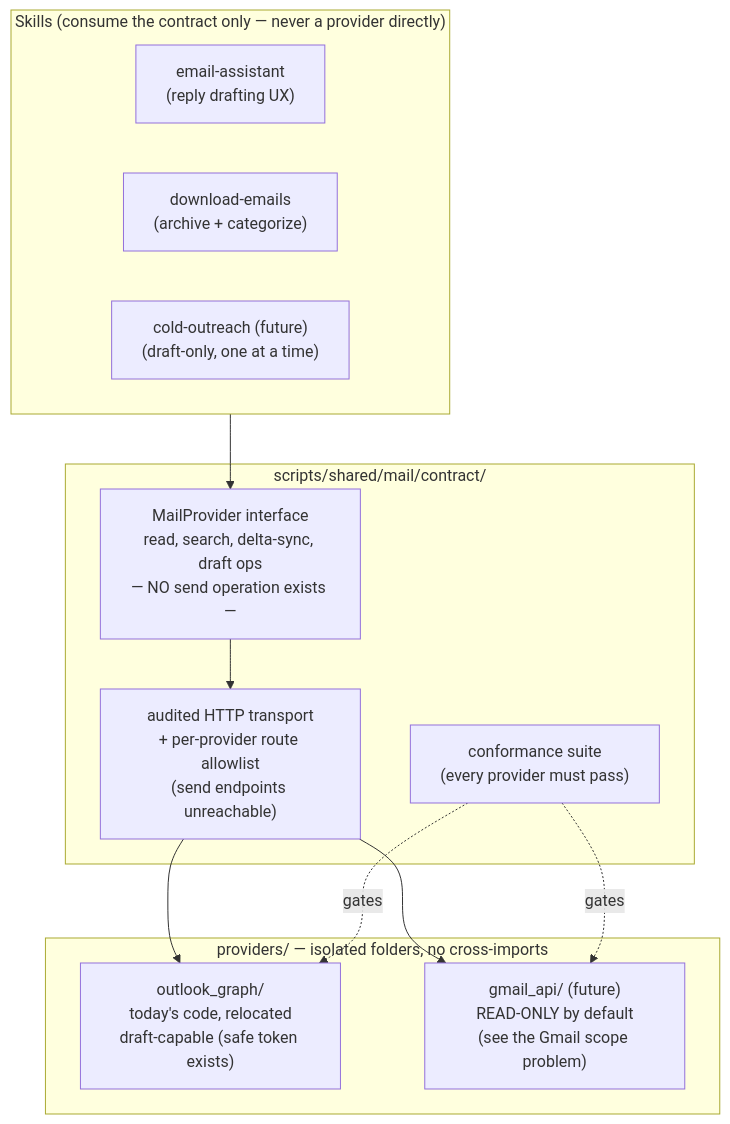
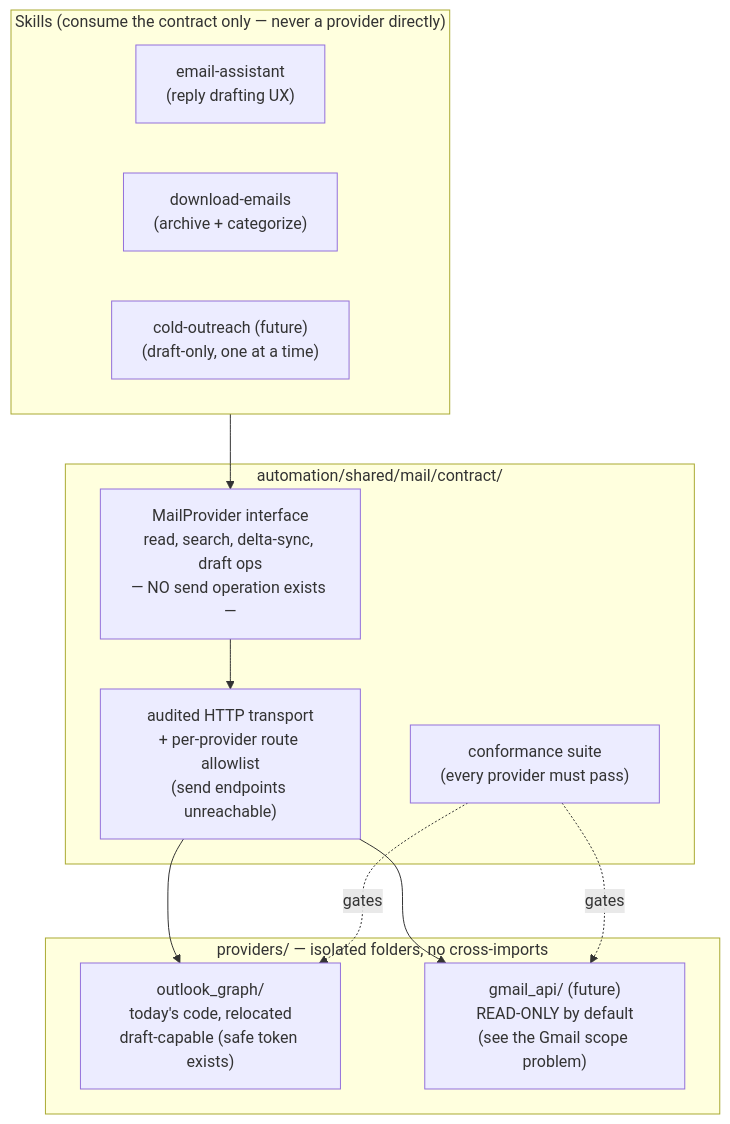
Before and after one commit to QuentinMeow/jobs-finder-toolkit: the diagram in design/raw-data-layer/03-provider-interfaces.md, drawn with Mermaid. The commit also changed 420 other files, not shown here.

First line of the commit message:
refactor: .agents/skills -> skills/, scripts -> automation/ (AgentFold restructure 3/4)

````diff
--- a/design/raw-data-layer/03-provider-interfaces.md
+++ b/design/raw-data-layer/03-provider-interfaces.md
@@ -32,22 +32,22 @@
 ```mermaid
 flowchart TB
     subgraph skills["Skills (consume the contract only — never a provider directly)"]
         assistant["email-assistant\n(reply drafting UX)"]
         download["download-emails\n(archive + categorize)"]
         outreach["cold-outreach (future)\n(draft-only, one at a time)"]
     end
-    subgraph contract["scripts/shared/mail/contract/"]
+    subgraph contract["automation/shared/mail/contract/"]
         api["MailProvider interface\nread, search, delta-sync, draft ops\n— NO send operation exists —"]
         transport["audited HTTP transport\n+ per-provider route allowlist\n(send endpoints unreachable)"]
         conf["conformance suite\n(every provider must pass)"]
     end
     subgraph providers["providers/ — isolated folders, no cross-imports"]
         outlook["outlook_graph/\ntoday's code, relocated\ndraft-capable (safe token exists)"]
         gmail["gmail_api/ (future)\nREAD-ONLY by default\n(see the Gmail scope problem)"]
     end
     skills --> api --> transport
     transport --> outlook
     transport --> gmail
     conf -.->|gates| outlook
     conf -.->|gates| gmail
 ```
````
